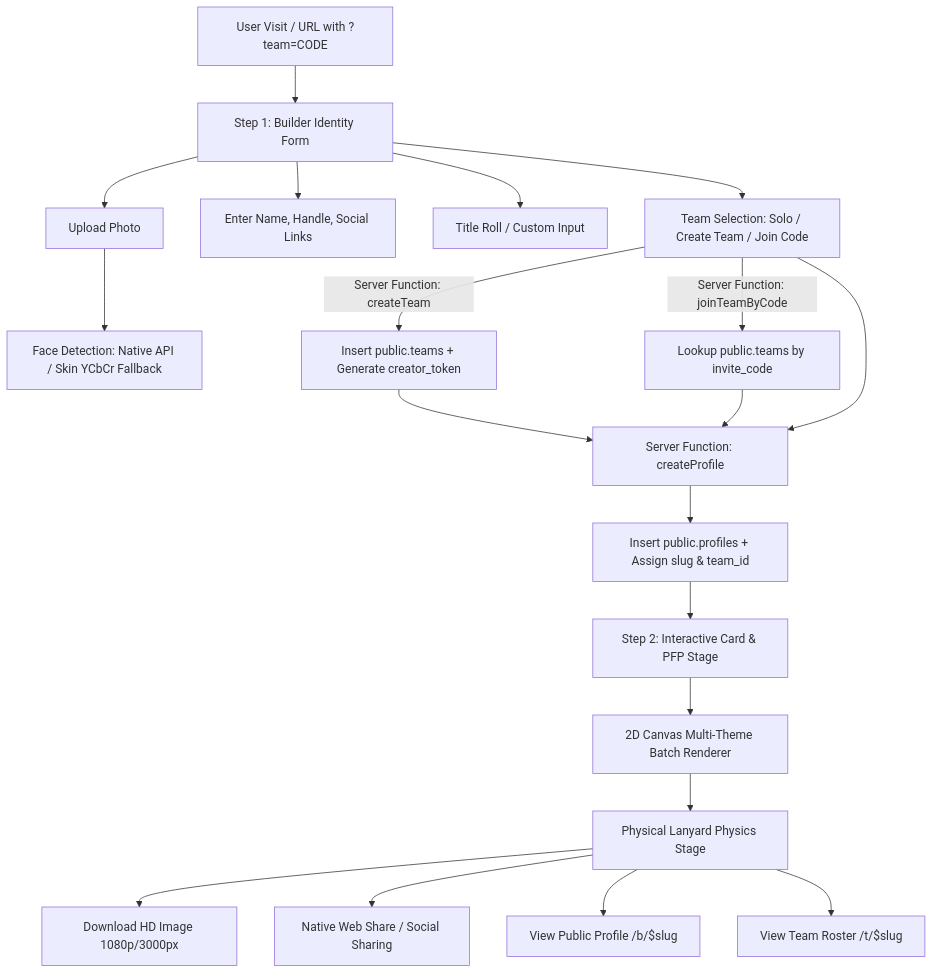
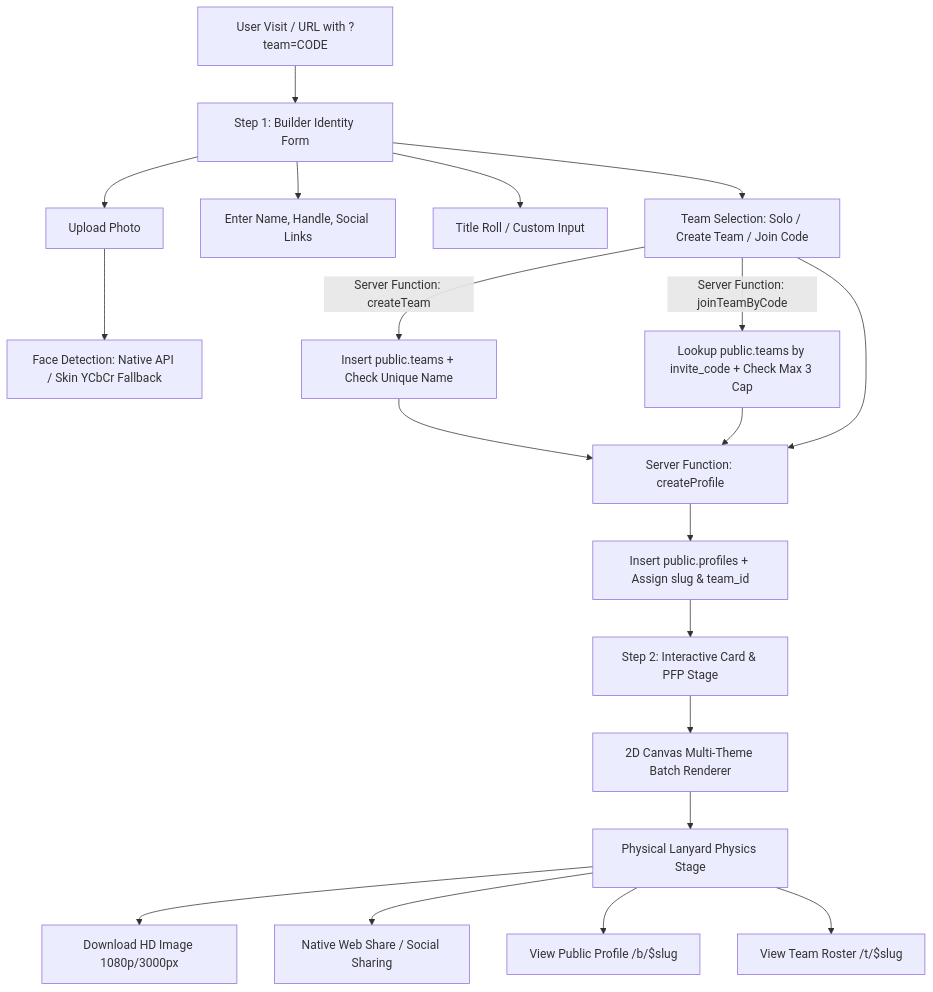
Before and after one commit to manasshah1810/HHGoa2026_ID_Card: the diagram in README.md, drawn with Mermaid. The commit also changed other lines of this file, not shown here.

````diff
--- a/README.md
+++ b/README.md
@@ -95,24 +95,20 @@
 ```mermaid
 flowchart TD
     A[User Visit / URL with ?team=CODE] --> B[Step 1: Builder Identity Form]
     B --> C[Upload Photo]
     C --> D[Face Detection: Native API / Skin YCbCr Fallback]
     B --> E[Enter Name, Handle, Social Links]
     B --> F[Title Roll / Custom Input]
     B --> G[Team Selection: Solo / Create Team / Join Code]
-    
-    G -->|Server Function: createTeam| H[Insert public.teams + Generate creator_token]
-    G -->|Server Function: joinTeamByCode| I[Lookup public.teams by invite_code]
-    
+    G -->|Server Function: createTeam| H[Insert public.teams + Check Unique Name]
+    G -->|Server Function: joinTeamByCode| I[Lookup public.teams by invite_code + Check Max 3 Cap]
     H & I & G --> J[Server Function: createProfile]
     J --> K[Insert public.profiles + Assign slug & team_id]
-    
     K --> L[Step 2: Interactive Card & PFP Stage]
     L --> M[2D Canvas Multi-Theme Batch Renderer]
     M --> N[Physical Lanyard Physics Stage]
-    
     N --> O1[Download HD Image 1080p/3000px]
     N --> O2[Native Web Share / Social Sharing]
     N --> O3[View Public Profile /b/$slug]
     N --> O4[View Team Roster /t/$slug]
 ```
````
